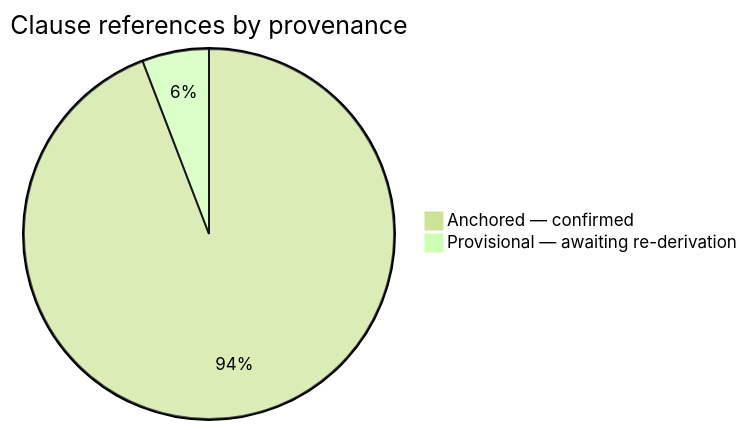
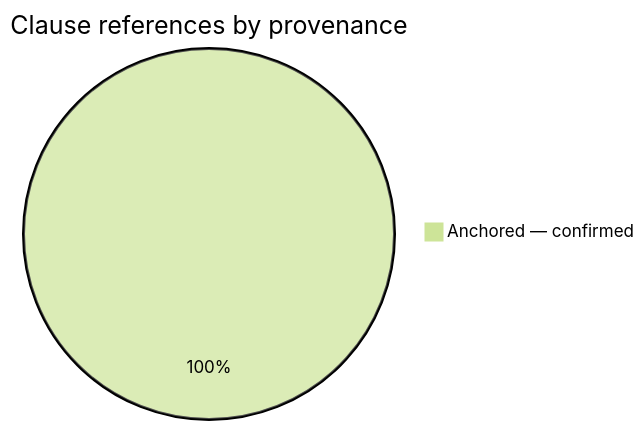
The first of 3 diagrams in docs/COMPLIANCE_MATRIX.md (shubhamjha16/BOM_Automation), drawn with Mermaid (forest theme) before and after one commit. The commit also changed other lines of this file and 12 other files, not shown here.

````diff
--- a/docs/COMPLIANCE_MATRIX.md
+++ b/docs/COMPLIANCE_MATRIX.md
@@ -19,5 +20,4 @@
 ```mermaid
 pie title Clause references by provenance
-    "Anchored — confirmed" : 113
-    "Provisional — awaiting re-derivation" : 7
+    "Anchored — confirmed" : 124
 ```
````
